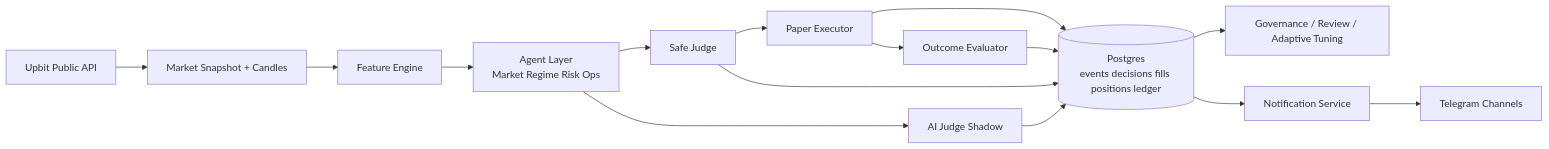
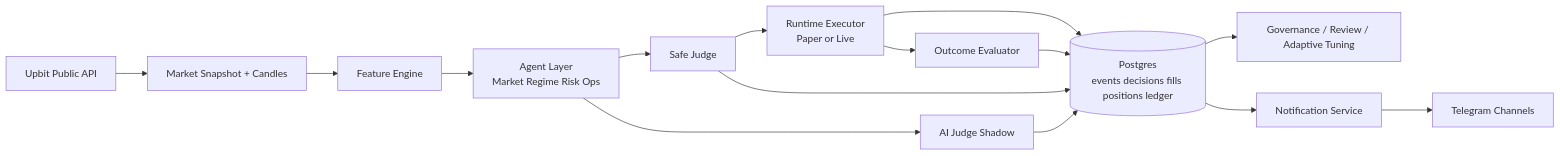
The diagram in README.md (summit1123/Ai_invest), drawn with Mermaid before and after one commit. The commit also changed other lines of this file and 28 other files, not shown here.

````diff
--- a/README.md
+++ b/README.md
@@ -12,17 +12,17 @@
 ```mermaid
 flowchart LR
     U[Upbit Public API] --> M[Market Snapshot + Candles]
     M --> F[Feature Engine]
     F --> A[Agent Layer<br/>Market Regime Risk Ops]
     A --> SJ[Safe Judge]
     A --> AJ[AI Judge Shadow]
-    SJ --> EX[Paper Executor]
+    SJ --> EX[Runtime Executor<br/>Paper or Live]
     EX --> DB[(Postgres<br/>events decisions fills positions ledger)]
     SJ --> DB
     AJ --> DB
     EX --> OE[Outcome Evaluator]
     OE --> DB
     DB --> GOV[Governance / Review / Adaptive Tuning]
     DB --> NT[Notification Service]
     NT --> TG[Telegram Channels]
 ```
````
